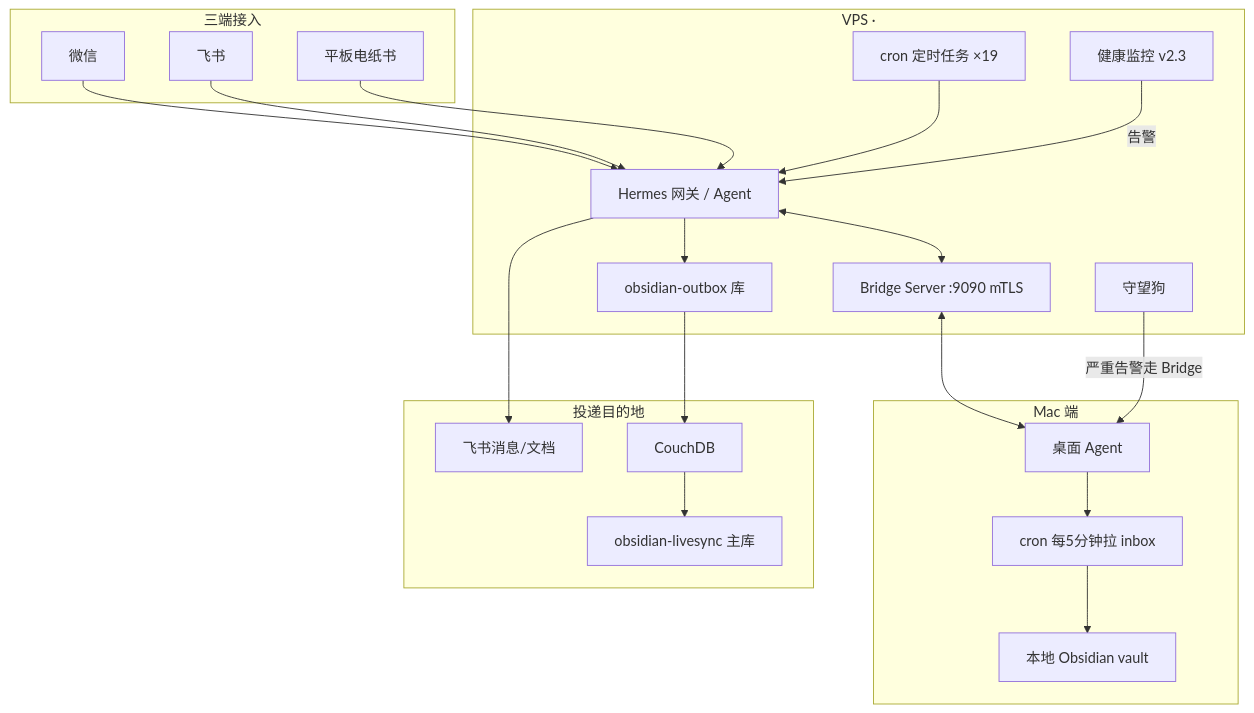
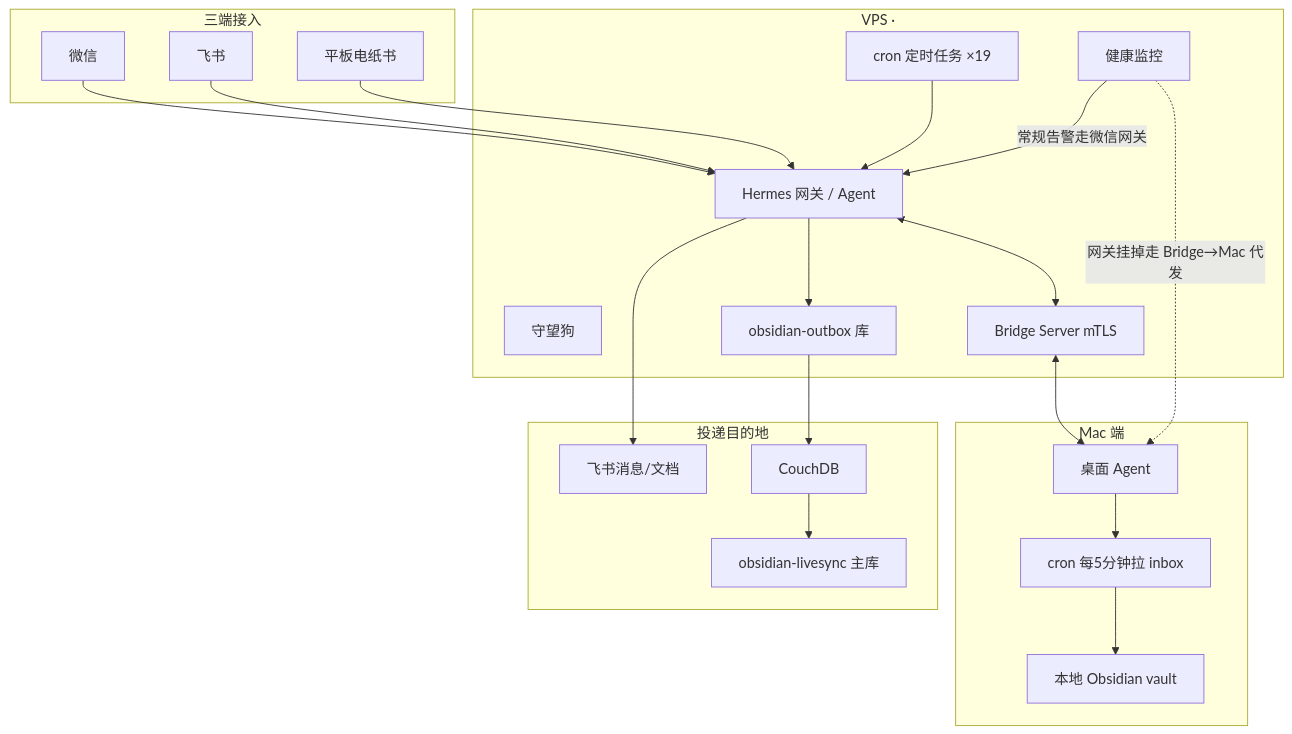
Before and after one commit to wangq32801-dev/assistant-os: the diagram in docs/architecture.md, drawn with Mermaid. The commit also changed other lines of this file and 6 other files, not shown here.

````diff
--- a/docs/architecture.md
+++ b/docs/architecture.md
@@ -7,37 +7,37 @@
 ```mermaid
 flowchart TB
     subgraph clients[三端接入]
         WX[微信]
         FS[飞书]
         PAD[平板电纸书]
     end
     subgraph vps[VPS · <YOUR_SERVER_IP>]
         GW[Hermes 网关 / Agent]
         CRON[cron 定时任务 ×19]
-        MON[健康监控 v2.3]
+        MON[健康监控]
         DOG[守望狗]
-        BR[Bridge Server :9090 mTLS]
+        BR[Bridge Server mTLS]
         OUTBOX[obsidian-outbox 库]
     end
     subgraph mac[Mac 端]
         MACA[桌面 Agent]
         PULL[cron 每5分钟拉 inbox]
         VAULT[本地 Obsidian vault]
     end
     subgraph sinks[投递目的地]
         FSAPI[飞书消息/文档]
         COUCH[CouchDB]
         MAIN[obsidian-livesync 主库]
     end
 
     WX --> GW
     FS --> GW
     PAD --> GW
     CRON --> GW
     GW --> FSAPI
     GW --> OUTBOX --> COUCH --> MAIN
     GW <--> BR <--> MACA
     MACA --> PULL --> VAULT
-    MON -->|告警| GW
-    DOG -->|严重告警走 Bridge| MACA
+    MON -->|常规告警走微信网关| GW
+    MON -.->|网关挂掉走 Bridge→Mac 代发| MACA
 ```
````
